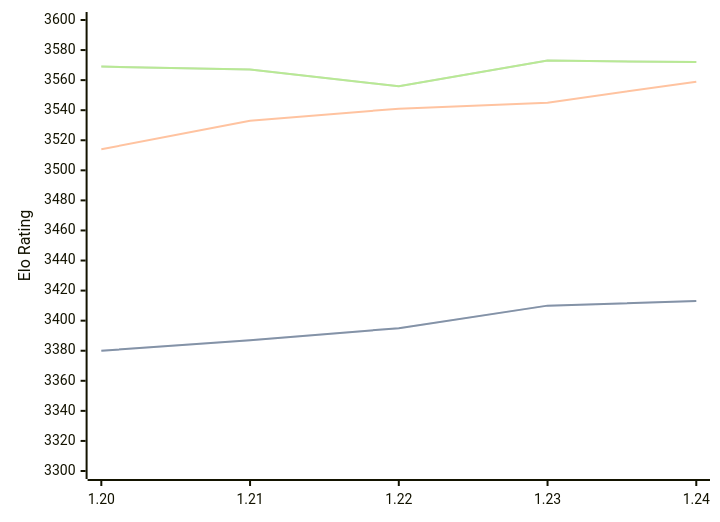
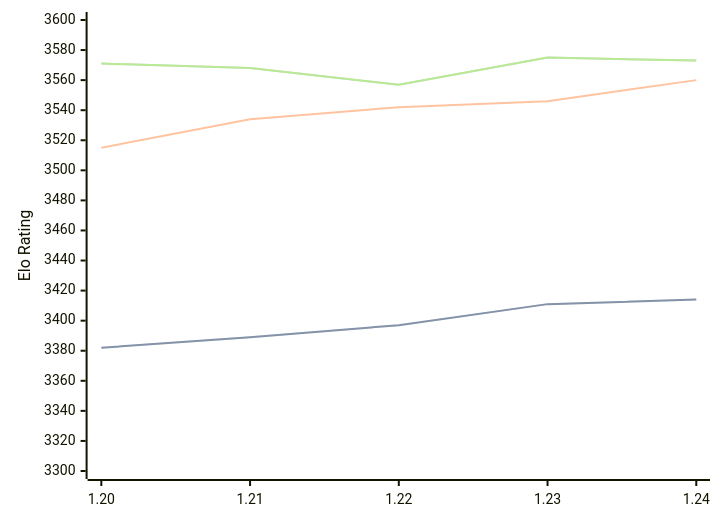
One commit to computer-chess-index/cci changed the diagram in engines/Caissa.md. Above: the diagram before and after it, drawn with Mermaid. The commit also changed other lines of this file, not shown here.

Commit message:
Update CCI Ratings (ELO VLTC) - 2026-03-29

````diff
--- a/engines/Caissa.md
+++ b/engines/Caissa.md
@@ -64,11 +64,11 @@
 ```mermaid
 %%{init: {"theme":"base","themeVariables":{"seriesColors:['#a3a3a3','#222221','#faa371']}}}%%
 xychart-beta
   x-axis ["1.20", "1.21", "1.22", "1.23", "1.24"]
   y-axis "Elo Rating" 3300 --> 3600
-  line "STC (8.0+0.08s)" [3380, 3387, 3395, 3410, 3413]
-  line "STC (8.0+0.08s)" [3380, 3387, 3395, 3410, 3413]
-  line "LTC (60.0+0.60s)" [3514, 3533, 3541, 3545, 3559]
-  line "VLTC (2m24s+1.12s)" [3569, 3567, 3556, 3573, 3572]
-  line "VLTC (2m24s+1.12s)" [3569, 3567, 3556, 3573, 3572]
+  line "STC (8.0+0.08s)" [3382, 3389, 3397, 3411, 3414]
+  line "STC (8.0+0.08s)" [3382, 3389, 3397, 3411, 3414]
+  line "LTC (60.0+0.60s)" [3515, 3534, 3542, 3546, 3560]
+  line "VLTC (2m24s+1.12s)" [3571, 3568, 3557, 3575, 3573]
+  line "VLTC (2m24s+1.12s)" [3571, 3568, 3557, 3575, 3573]
 ```
````
